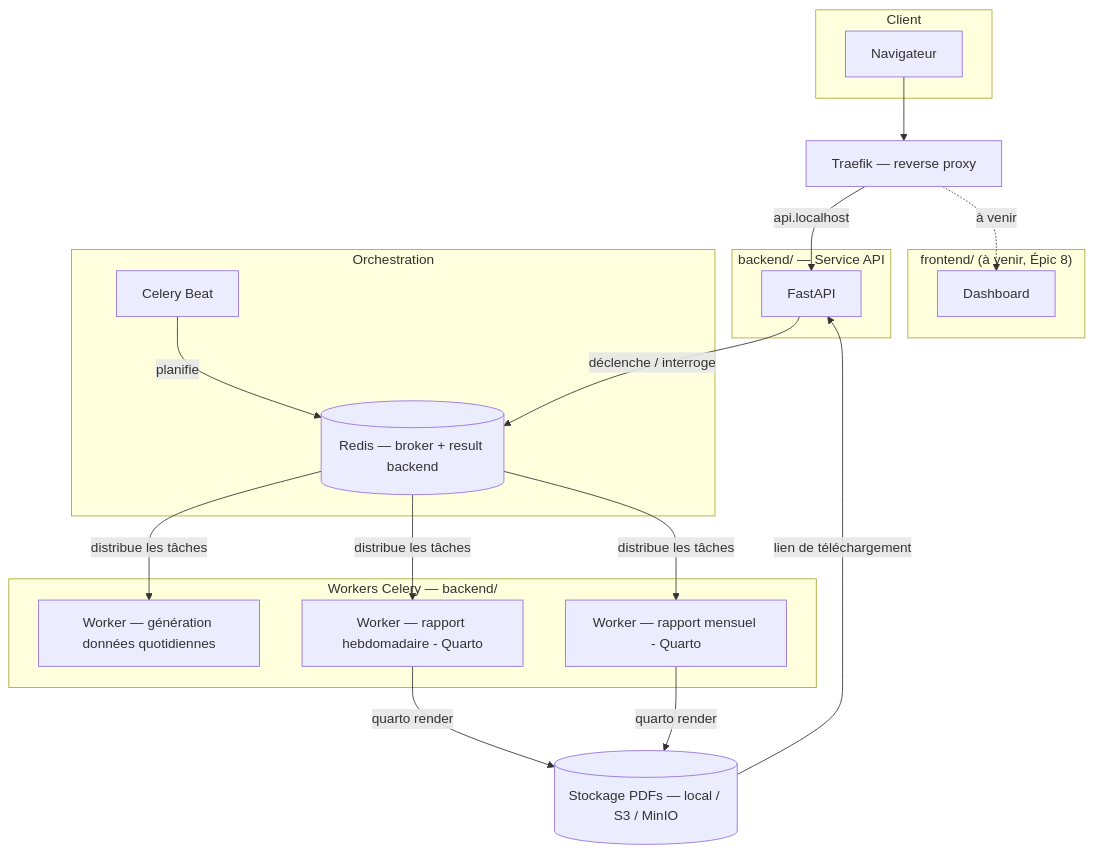
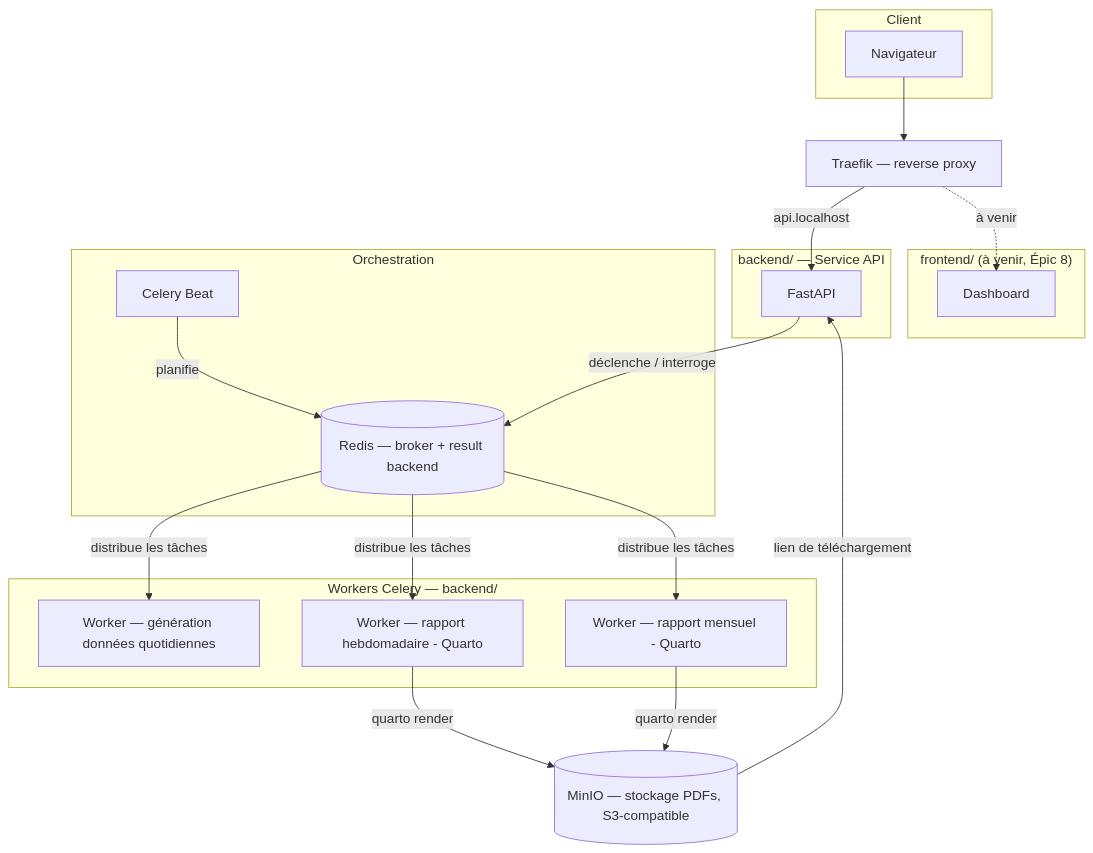
Before and after one commit to tanega/airpl-demo-async-analytics-pdf-generation: the diagram in ROADMAP.md, drawn with Mermaid. The commit also changed other lines of this file and 9 other files, not shown here.

First line of the commit message:
feat(epic6): stockage des rapports sur MinIO (S3) (#8)

````diff
--- a/ROADMAP.md
+++ b/ROADMAP.md
@@ -99,41 +99,41 @@
 ```mermaid
 flowchart TB
     subgraph Client
         BROWSER[Navigateur]
     end
 
     TRAEFIK[Traefik — reverse proxy]
 
     subgraph Frontend["frontend/ (à venir, Épic 8)"]
         FE[Dashboard]
     end
 
     subgraph API["backend/ — Service API"]
         API1[FastAPI]
     end
 
     subgraph Scheduling["Orchestration"]
         BEAT[Celery Beat]
         REDIS[(Redis — broker + result backend)]
     end
 
     subgraph Workers["Workers Celery — backend/"]
         W1[Worker — génération données quotidiennes]
         W2[Worker — rapport hebdomadaire - Quarto]
         W3[Worker — rapport mensuel - Quarto]
     end
 
-    STORAGE[(Stockage PDFs — local / S3 / MinIO)]
+    STORAGE[(MinIO — stockage PDFs, S3-compatible)]
 
     BROWSER --> TRAEFIK
     TRAEFIK -->|api.localhost| API1
     TRAEFIK -.->|à venir| FE
     API1 -->|déclenche / interroge| REDIS
     BEAT -->|planifie| REDIS
     REDIS -->|distribue les tâches| W1
     REDIS -->|distribue les tâches| W2
     REDIS -->|distribue les tâches| W3
     W2 -->|quarto render| STORAGE
     W3 -->|quarto render| STORAGE
     STORAGE -->|lien de téléchargement| API1
 ```
````
